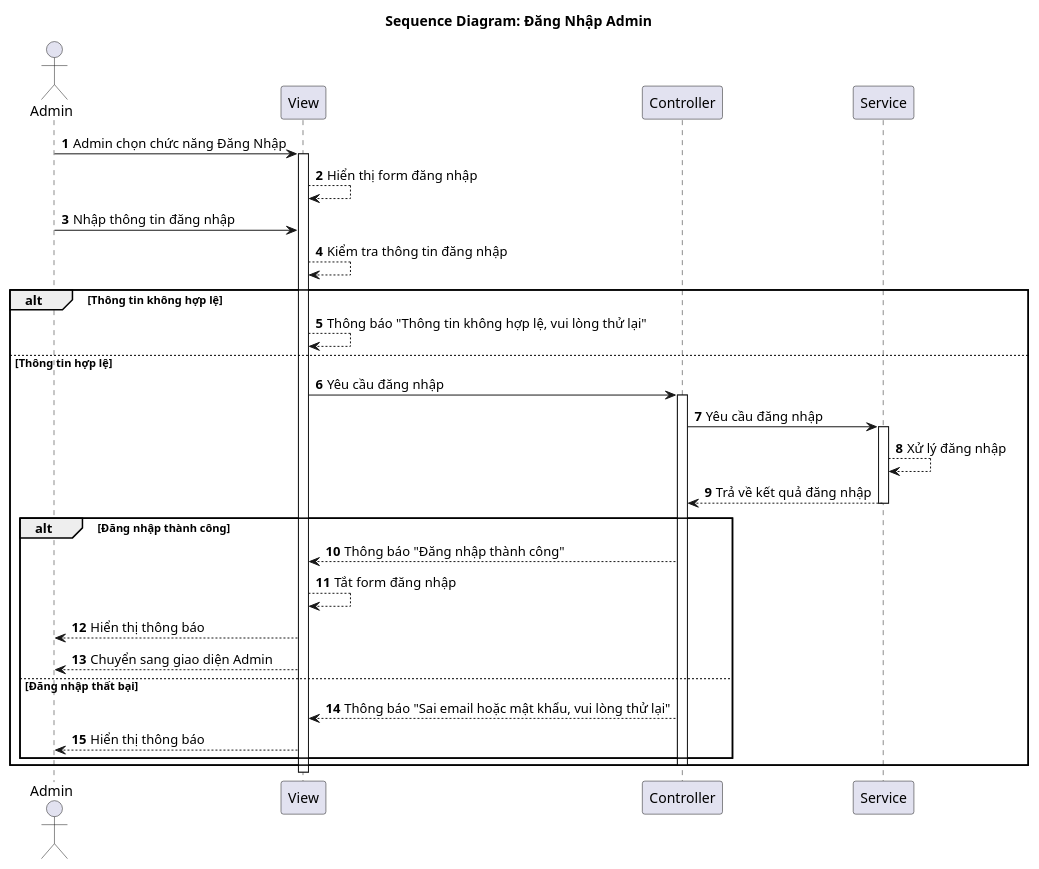
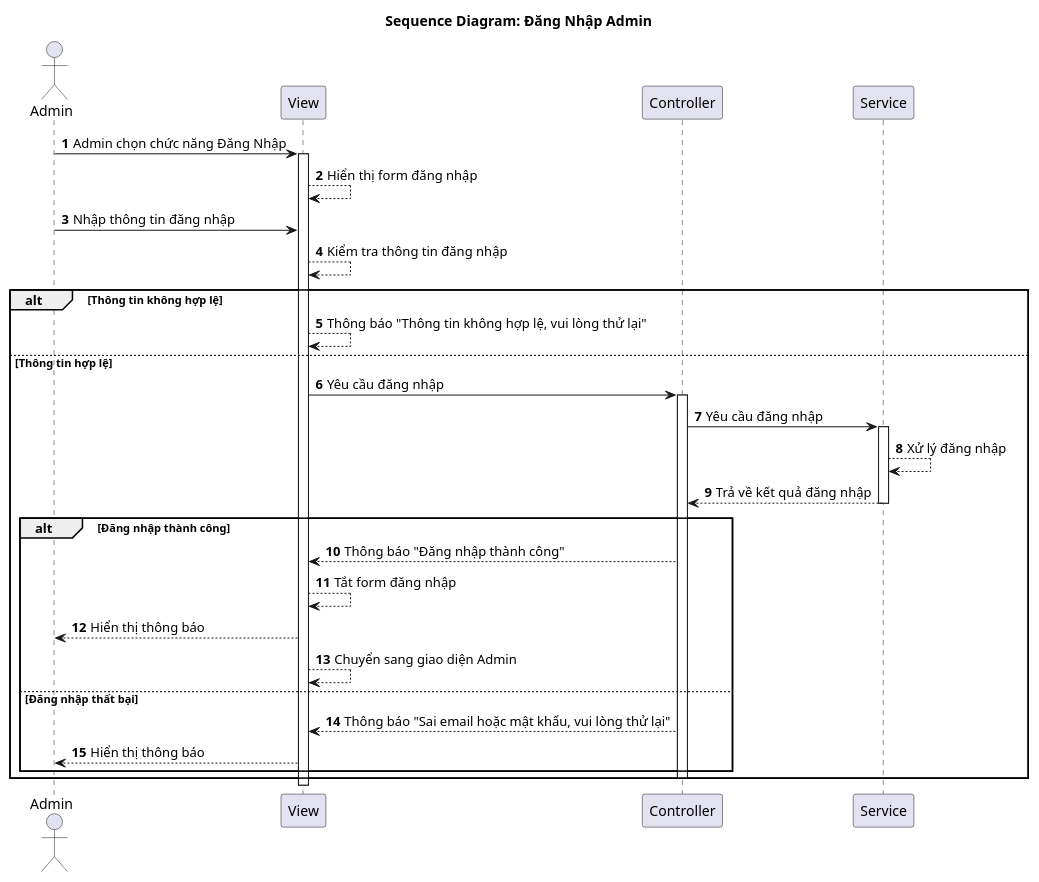
Before and after one commit to vinh047/soundwave: the diagram in Diagrams/SequenceDiagram/LoginAdmin.plantuml, drawn with PlantUML. The commit also changed 4 other files, not shown here.

Commit message:
Đổi đường đi của Chuyển sang giao diện trong SD

```diff
--- a/Diagrams/SequenceDiagram/LoginAdmin.plantuml
+++ b/Diagrams/SequenceDiagram/LoginAdmin.plantuml
@@ -1,40 +1,40 @@
 @startuml SD
 
 actor "Admin" as Admin
 participant "View" as View
 participant "Controller" as Controller
 participant "Service" as Service
 
 title Sequence Diagram: Đăng Nhập Admin
 
 autonumber
 
 Admin -> View: Admin chọn chức năng Đăng Nhập
 activate View
 View --> View: Hiển thị form đăng nhập
 Admin -> View: Nhập thông tin đăng nhập
 View --> View: Kiểm tra thông tin đăng nhập
 alt Thông tin không hợp lệ
     View --> View: Thông báo "Thông tin không hợp lệ, vui lòng thử lại"
 else Thông tin hợp lệ
     View -> Controller: Yêu cầu đăng nhập
     activate Controller
     Controller -> Service: Yêu cầu đăng nhập
     activate Service
     Service --> Service: Xử lý đăng nhập
     Service --> Controller: Trả về kết quả đăng nhập
     deactivate Service
     alt Đăng nhập thành công
         Controller --> View: Thông báo "Đăng nhập thành công"
         View --> View: Tắt form đăng nhập
         View --> Admin: Hiển thị thông báo
-        View --> Admin: Chuyển sang giao diện Admin
+        View --> View: Chuyển sang giao diện Admin
     else Đăng nhập thất bại
         Controller --> View: Thông báo "Sai email hoặc mật khẩu, vui lòng thử lại"
         View --> Admin: Hiển thị thông báo
     end
     deactivate Controller
 end
 
 deactivate View
 @enduml
```
